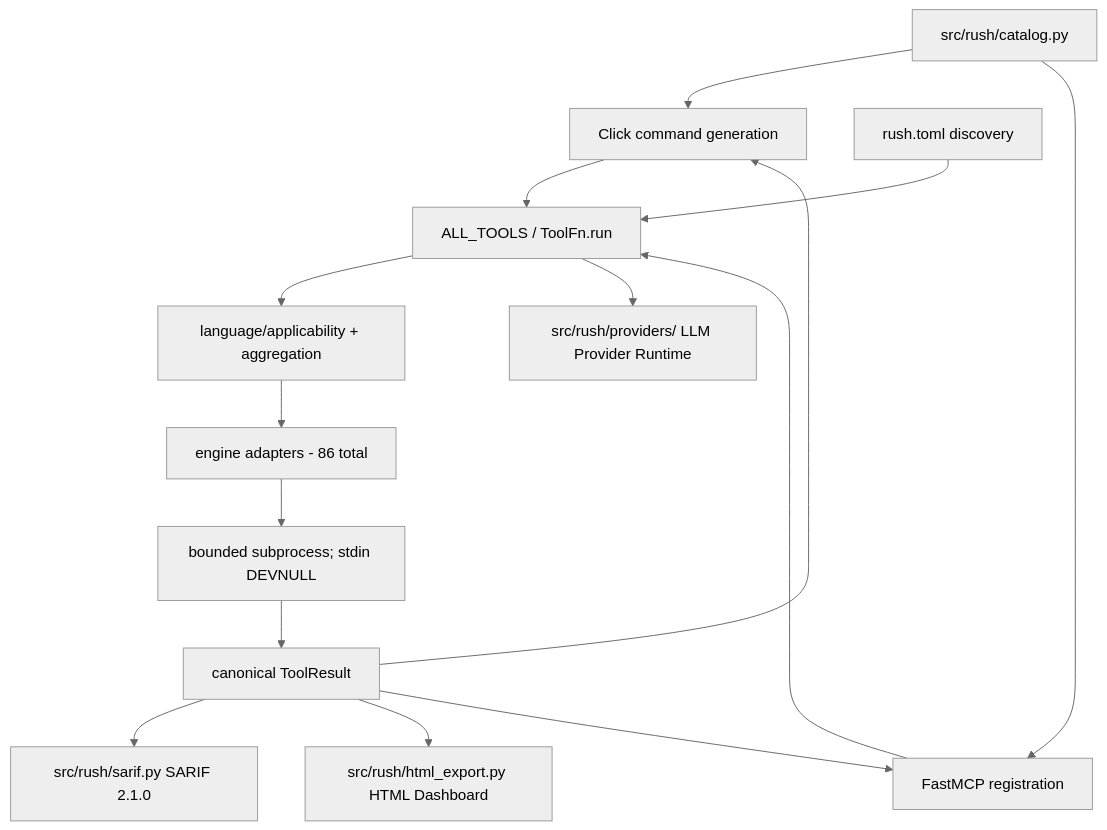
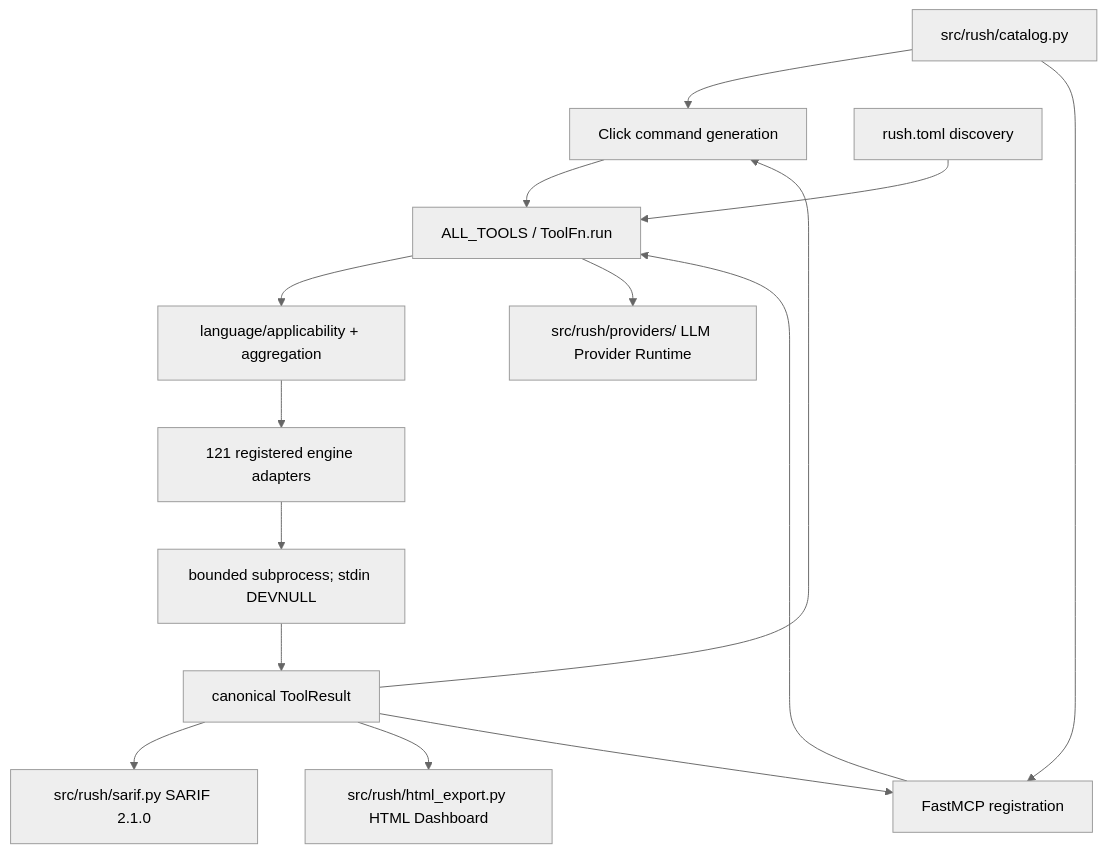
One commit to jamesdsizemore/rush-cli changed the first of 3 diagrams in docs/developer/architecture.md. Above: the diagram before and after it, drawn with Mermaid (neutral theme). The commit also changed other lines of this file and 227 other files, not shown here.

````diff
--- a/docs/developer/architecture.md
+++ b/docs/developer/architecture.md
@@ -9,17 +11,17 @@
 ```mermaid
 flowchart TB
   Catalog[src/rush/catalog.py] --> CLI[Click command generation]
   Catalog --> MCP[FastMCP registration]
   CLI --> Tools[ALL_TOOLS / ToolFn.run]
   MCP --> Tools
   Config[rush.toml discovery] --> Tools
   Tools --> Routing[language/applicability + aggregation]
-  Routing --> Adapters[engine adapters - 86 total]
+  Routing --> Adapters[121 registered engine adapters]
   Adapters --> Proc[bounded subprocess; stdin DEVNULL]
   Proc --> Normalize[canonical ToolResult]
   Normalize --> SARIF[src/rush/sarif.py SARIF 2.1.0]
   Normalize --> HTML[src/rush/html_export.py HTML Dashboard]
   Normalize --> CLI
   Normalize --> MCP
   Tools --> LLM[src/rush/providers/ LLM Provider Runtime]
 ```
````
